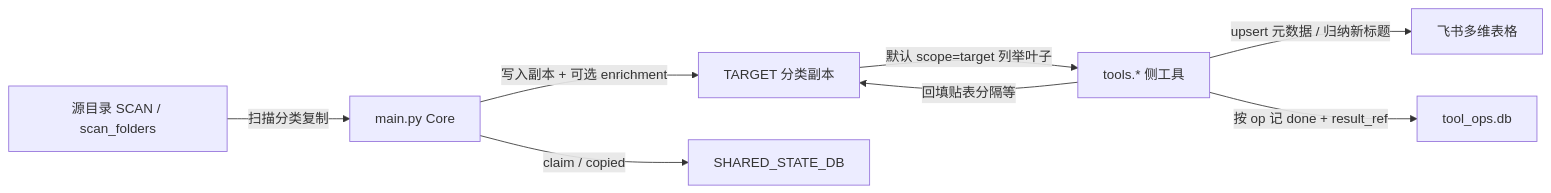
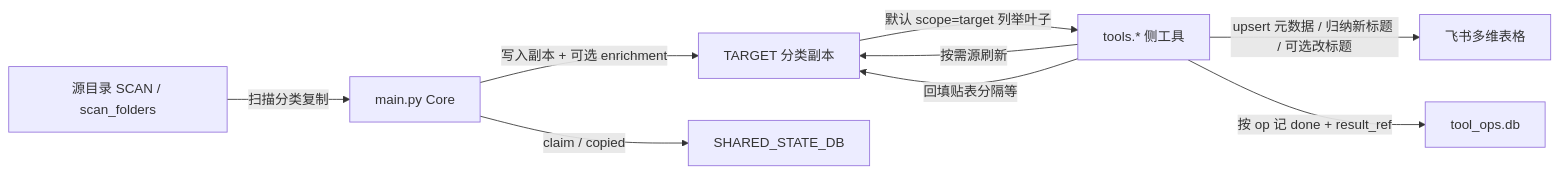
Diagram 12 of 13 in docs/AI_DocClassifier说明文档.md (Leonard49/AI_DocClassifier), drawn with Mermaid before and after one commit. The commit also changed other lines of this file and 8 other files, not shown here.

````diff
--- a/docs/AI_DocClassifier说明文档.md
+++ b/docs/AI_DocClassifier说明文档.md
@@ -1083,17 +1119,18 @@
 ```mermaid
 flowchart LR
     SRC["源目录 SCAN / scan_folders"]
     MAIN["main.py Core"]
     TGT["TARGET 分类副本"]
     TOOLS["tools.* 侧工具"]
     BIT["飞书多维表格"]
     LEDGER["tool_ops.db"]
 
     SRC -->|扫描分类复制| MAIN
     MAIN -->|写入副本 + 可选 enrichment| TGT
     MAIN -->|claim / copied| SS2["SHARED_STATE_DB"]
     TGT -->|默认 scope=target 列举叶子| TOOLS
-    TOOLS -->|upsert 元数据 / 归纳新标题| BIT
+    TOOLS -->|upsert 元数据 / 归纳新标题 / 可选改标题| BIT
+    TOOLS -->|按需源刷新| TGT
     TOOLS -->|回填贴表分隔等| TGT
     TOOLS -->|按 op 记 done + result_ref| LEDGER
 ```
````
